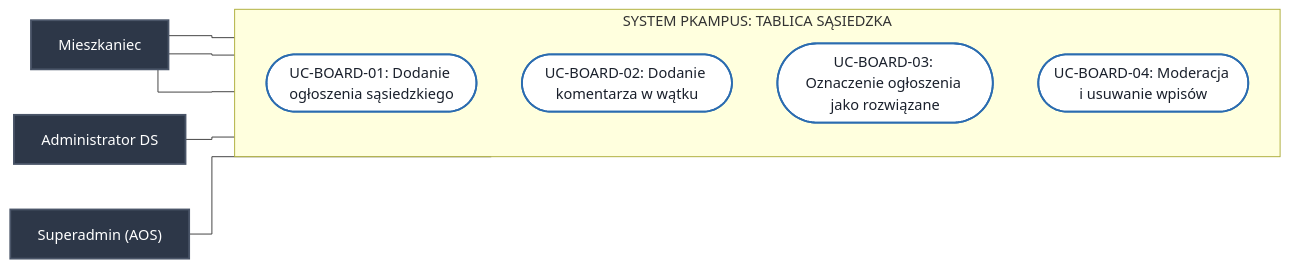
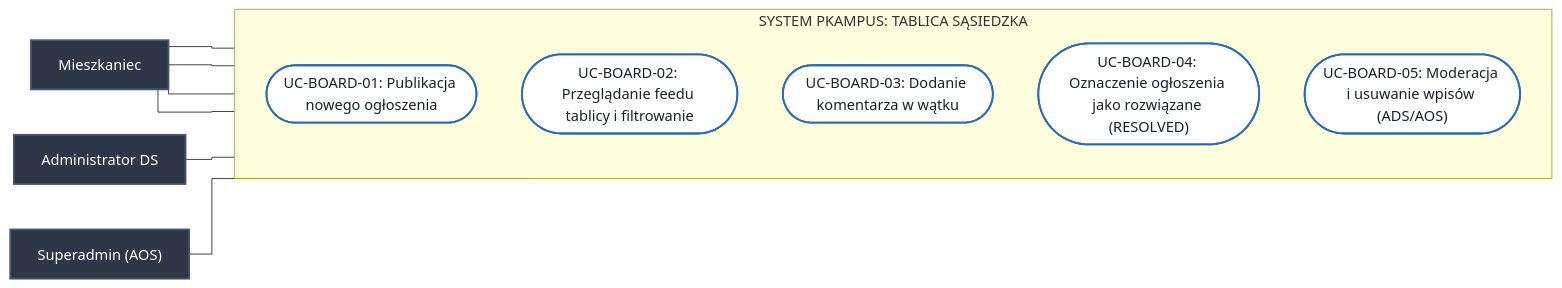
The seventh of 9 diagrams in Docs/Diagramy_Przypadkow_Uzycia.md (Buczy8/PKampus), drawn with Mermaid before and after one commit. The commit also changed other lines of this file and 2 other files, not shown here.

Commit message:
docs: add state machine diagrams for user account, laundry booking, room booking, issue reporting, and sanctions lifecycle

````diff
--- a/Docs/Diagramy_Przypadkow_Uzycia.md
+++ b/Docs/Diagramy_Przypadkow_Uzycia.md
@@ -231,26 +285,28 @@
 ```mermaid
 %%{init: {'flowchart': {'curve': 'stepBefore'}}}%%
 flowchart LR
     classDef actorStyle fill:#2d3748,stroke:#4a5568,stroke-width:2px,color:#fff;
     classDef ucStyle fill:#fff,stroke:#2b6cb0,stroke-width:2px,color:#1a202c;
 
     Student["Mieszkaniec"]:::actorStyle
 
     subgraph System_Board ["SYSTEM PKAMPUS: TABLICA SĄSIEDZKA"]
         direction TB
-        UC_BOARD_01(["UC-BOARD-01: Dodanie ogłoszenia sąsiedzkiego"]):::ucStyle
-        UC_BOARD_02(["UC-BOARD-02: Dodanie komentarza w wątku"]):::ucStyle
-        UC_BOARD_03(["UC-BOARD-03: Oznaczenie ogłoszenia jako rozwiązane"]):::ucStyle
-        UC_BOARD_04(["UC-BOARD-04: Moderacja i usuwanie wpisów"]):::ucStyle
+        UC_BOARD_01(["UC-BOARD-01: Publikacja nowego ogłoszenia"]):::ucStyle
+        UC_BOARD_02(["UC-BOARD-02: Przeglądanie feedu tablicy i filtrowanie"]):::ucStyle
+        UC_BOARD_03(["UC-BOARD-03: Dodanie komentarza w wątku"]):::ucStyle
+        UC_BOARD_04(["UC-BOARD-04: Oznaczenie ogłoszenia jako rozwiązane (RESOLVED)"]):::ucStyle
+        UC_BOARD_05(["UC-BOARD-05: Moderacja i usuwanie wpisów (ADS/AOS)"]):::ucStyle
     end
 
     AdminDS["Administrator DS"]:::actorStyle
     SuperAdmin["Superadmin (AOS)"]:::actorStyle
 
     Student --- UC_BOARD_01
     Student --- UC_BOARD_02
     Student --- UC_BOARD_03
+    Student --- UC_BOARD_04
 
-    AdminDS --- UC_BOARD_04
-    SuperAdmin --- UC_BOARD_04
+    AdminDS --- UC_BOARD_05
+    SuperAdmin --- UC_BOARD_05
 ```
````
